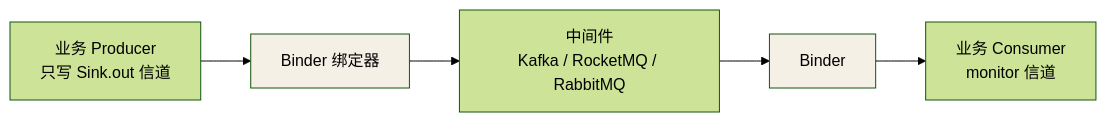
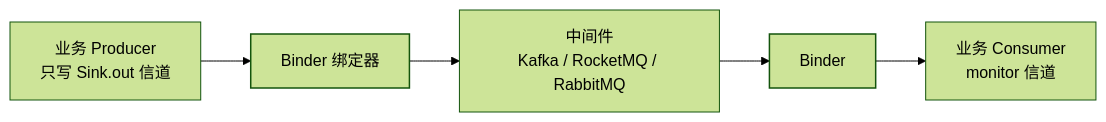
One commit to Loadhao/ascension changed the first of 2 diagrams in src/content/docs/java/advanced/springcloud/07-stream.md. Above: the diagram before and after it, drawn with Mermaid (forest theme). The commit also changed 87 other files, not shown here.

First line of the commit message:
fix: 全站图表配色改由主题接管，修复暗色主题下浅底浅字看不清

````diff
--- a/src/content/docs/java/advanced/springcloud/07-stream.md
+++ b/src/content/docs/java/advanced/springcloud/07-stream.md
@@ -15,10 +15,11 @@
 ```mermaid
 flowchart LR
     S["业务 Producer<br/>只写 Sink.out 信道"] --> B["Binder 绑定器"]
     B --> M["中间件<br/>Kafka / RocketMQ / RabbitMQ"]
     M --> B2["Binder"]
     B2 --> C["业务 Consumer<br/>monitor 信道"]
 
-    style B fill:#f5f0e6
-    style B2 fill:#f5f0e6
+    class B hl
+    class B2 hl
+    classDef hl stroke-width:1.5px
 ```
````
